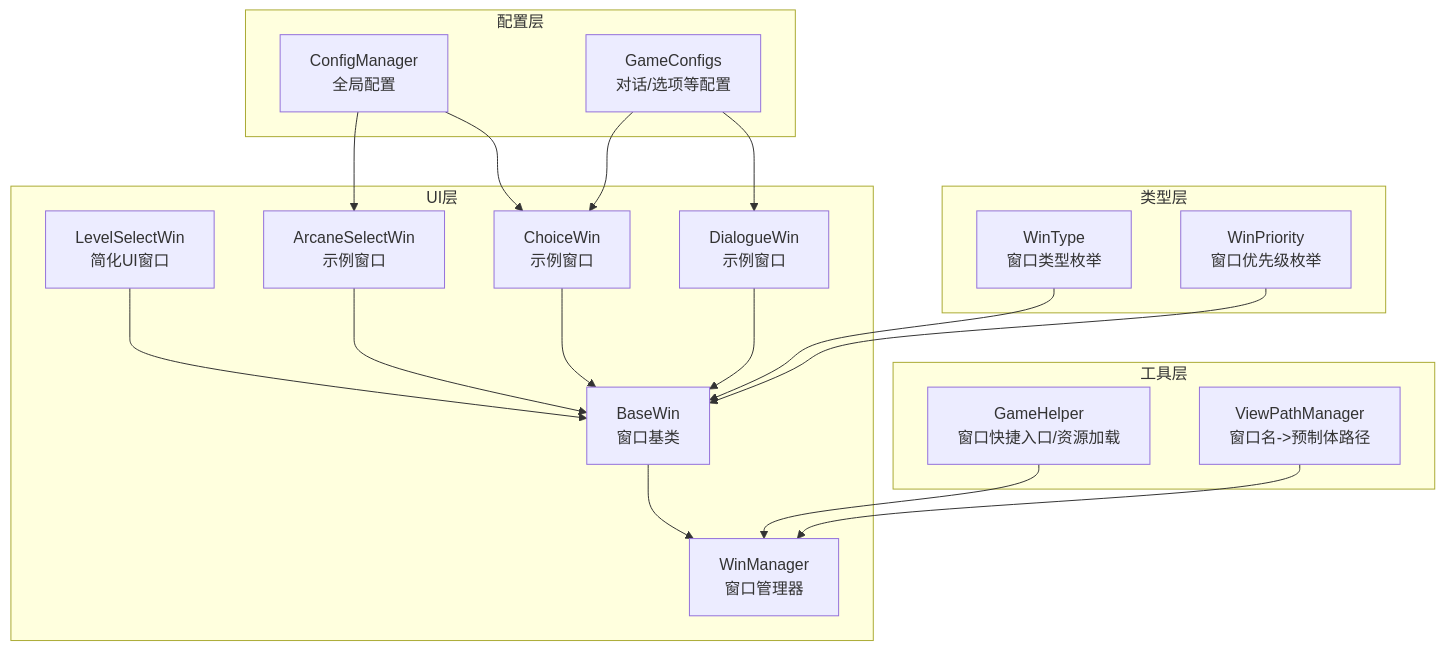
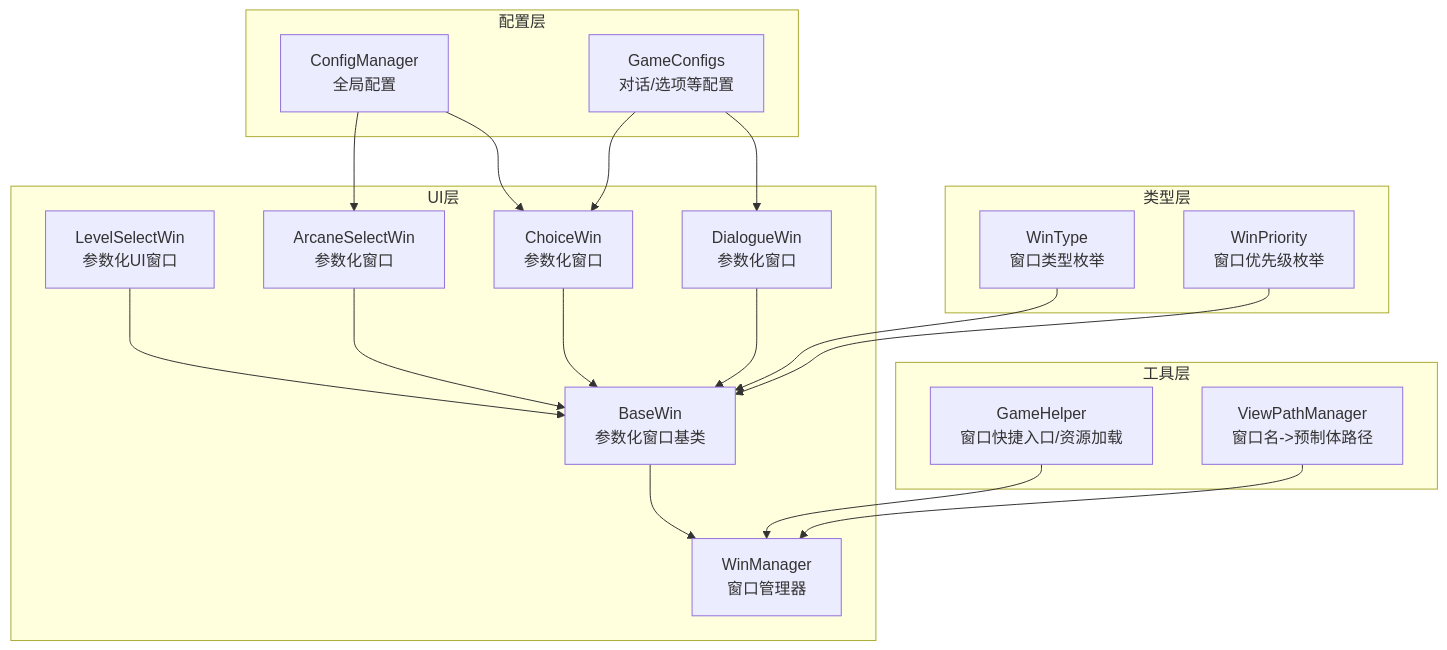
Before and after one commit to Tuusen/p1_client: the first of 9 diagrams in .qoder/repowiki/zh/content/用户界面系统/窗口管理系统.md, drawn with Mermaid. The commit also changed other lines of this file and 21 other files, not shown here.

````diff
--- a/.qoder/repowiki/zh/content/用户界面系统/窗口管理系统.md
+++ b/.qoder/repowiki/zh/content/用户界面系统/窗口管理系统.md
@@ -51,36 +56,36 @@
 ```mermaid
 graph TB
 subgraph "UI层"
-BaseWin["BaseWin<br/>窗口基类"]
+BaseWin["BaseWin<br/>参数化窗口基类"]
 WinMgr["WinManager<br/>窗口管理器"]
-LevelSelectWin["LevelSelectWin<br/>简化UI窗口"]
-ArcaneSelectWin["ArcaneSelectWin<br/>示例窗口"]
-ChoiceWin["ChoiceWin<br/>示例窗口"]
-DialogWin["DialogueWin<br/>示例窗口"]
+LevelSelectWin["LevelSelectWin<br/>参数化UI窗口"]
+ArcaneSelectWin["ArcaneSelectWin<br/>参数化窗口"]
+ChoiceWin["ChoiceWin<br/>参数化窗口"]
+DialogWin["DialogueWin<br/>参数化窗口"]
 end
 subgraph "工具层"
 GameHelper["GameHelper<br/>窗口快捷入口/资源加载"]
 ViewPathMgr["ViewPathManager<br/>窗口名->预制体路径"]
 end
 subgraph "配置层"
 CfgMgr["ConfigManager<br/>全局配置"]
 Cfgs["GameConfigs<br/>对话/选项等配置"]
 end
 subgraph "类型层"
 WinType["WinType<br/>窗口类型枚举"]
 WinPriority["WinPriority<br/>窗口优先级枚举"]
 end
 BaseWin --> WinMgr
 LevelSelectWin --> BaseWin
 ArcaneSelectWin --> BaseWin
 ChoiceWin --> BaseWin
 DialogWin --> BaseWin
 GameHelper --> WinMgr
 ViewPathMgr --> WinMgr
 CfgMgr --> ArcaneSelectWin
 CfgMgr --> ChoiceWin
 Cfgs --> ChoiceWin
 Cfgs --> DialogWin
 WinType --> BaseWin
 WinPriority --> BaseWin
 ```
````
